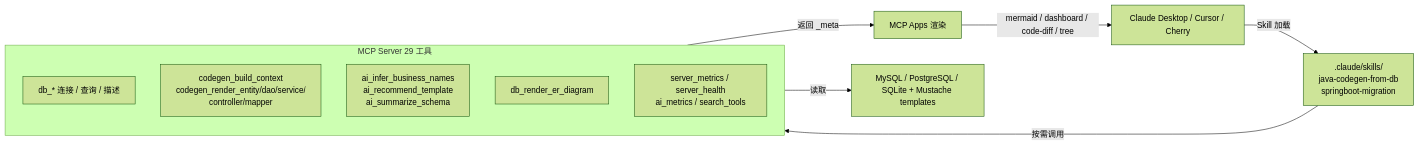
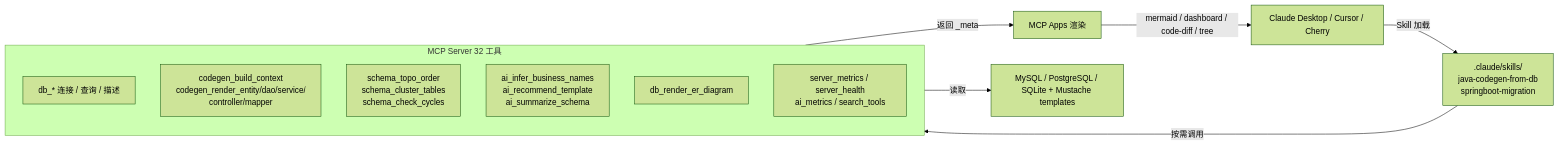
The diagram in README.md (ZhaoXingPeng/DBJavaGenix), drawn with Mermaid (forest theme) before and after one commit. The commit also changed other lines of this file and 7 other files, not shown here.

First line of the commit message:
:bug: fix(server): 注册 schema 图算法工具

````diff
--- a/README.md
+++ b/README.md
@@ -10,19 +10,20 @@
 ```mermaid
 graph LR
     Client[Claude Desktop / Cursor / Cherry] -->|Skill 加载| Skills
     Skills[".claude/skills/<br/>java-codegen-from-db<br/>springboot-migration"]
     Skills -->|按需调用| MCP
 
-    subgraph MCP[MCP Server 29 工具]
+    subgraph MCP[MCP Server 32 工具]
         direction TB
         DB[db_* 连接 / 查询 / 描述]
         Atom[codegen_build_context<br/>codegen_render_entity/dao/service/<br/>controller/mapper]
+        Graph[schema_topo_order<br/>schema_cluster_tables<br/>schema_check_cycles]
         AI[ai_infer_business_names<br/>ai_recommend_template<br/>ai_summarize_schema]
         Vis[db_render_er_diagram]
         Obs[server_metrics / server_health<br/>ai_metrics / search_tools]
     end
 
     MCP -->|返回 _meta| Apps[MCP Apps 渲染]
     Apps -->|mermaid / dashboard / code-diff / tree| Client
     MCP -->|读取| Data[MySQL / PostgreSQL / SQLite + Mustache templates]
 ```
````
